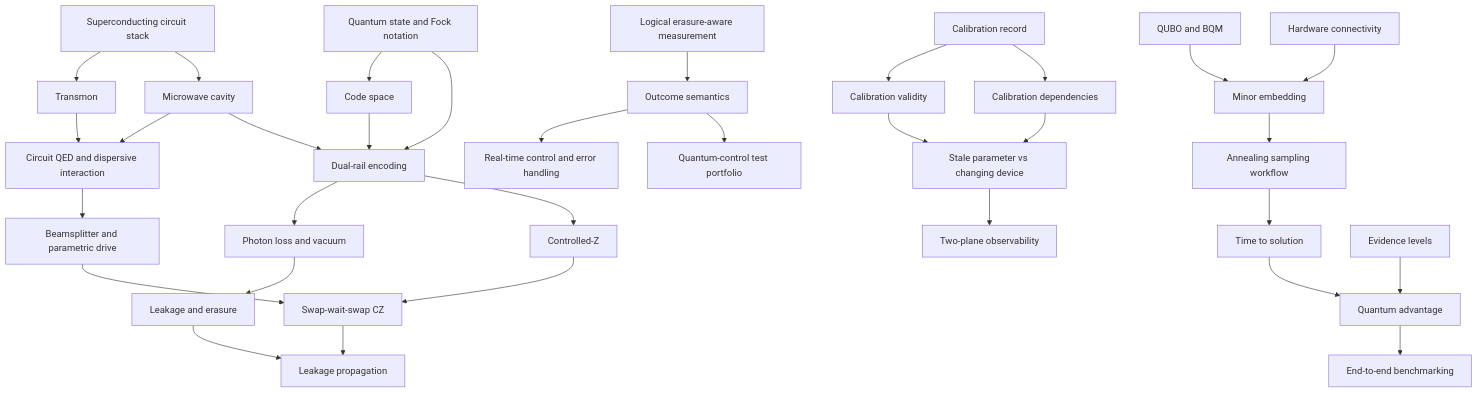
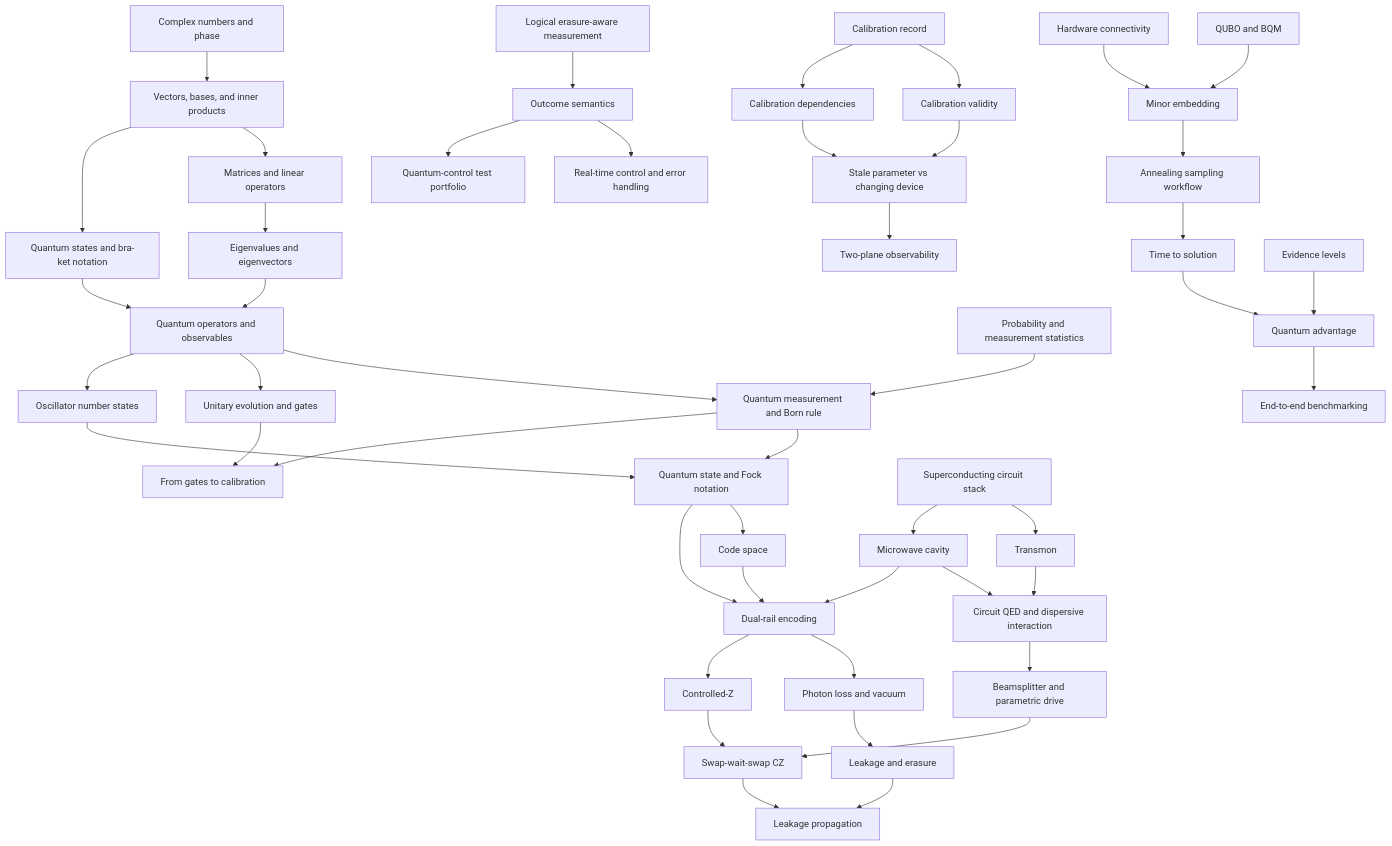
One commit to testedwonder/dualrail changed the diagram in knowledge/_meta/concept-map.md. Above: the diagram before and after it, drawn with Mermaid. The commit also changed other lines of this file and 93 other files, not shown here.

````diff
--- a/knowledge/_meta/concept-map.md
+++ b/knowledge/_meta/concept-map.md
@@ -28,34 +29,48 @@
 ```mermaid
 flowchart TD
+    CN[Complex numbers and phase] --> VB[Vectors, bases, and inner products]
+    VB --> ML[Matrices and linear operators]
+    ML --> EE[Eigenvalues and eigenvectors]
+    VB --> QSV[Quantum states and bra-ket notation]
+    EE --> QO[Quantum operators and observables]
+    QSV --> QO
+    PROB[Probability and measurement statistics] --> QM[Quantum measurement and Born rule]
+    QO --> QM
+    QO --> UG[Unitary evolution and gates]
+    QO --> NS[Oscillator number states]
+    NS --> QS
+    QM --> QS
+    QM --> GTC[From gates to calibration]
+    UG --> GTC
     QS[Quantum state and Fock notation] --> CS[Code space]
     SC[Superconducting circuit stack] --> T[Transmon]
     SC --> MC[Microwave cavity]
     T --> CQED[Circuit QED and dispersive interaction]
     MC --> CQED
     QS --> DR[Dual-rail encoding]
     CS --> DR
     MC --> DR
     CQED --> BP[Beamsplitter and parametric drive]
     DR --> PL[Photon loss and vacuum]
     PL --> LE[Leakage and erasure]
     DR --> CZ[Controlled-Z]
     BP --> SWS[Swap-wait-swap CZ]
     CZ --> SWS
     SWS --> LP[Leakage propagation]
     LE --> LP
     LM[Logical erasure-aware measurement] --> OS[Outcome semantics]
     OS --> RTC[Real-time control and error handling]
     CAL[Calibration record] --> CV[Calibration validity]
     CAL --> CD[Calibration dependencies]
     CV --> STALE[Stale parameter vs changing device]
     CD --> STALE
     STALE --> OBS[Two-plane observability]
     OS --> TEST[Quantum-control test portfolio]
     QUBO[QUBO and BQM] --> EMB[Minor embedding]
     CONN[Hardware connectivity] --> EMB
     EMB --> WF[Annealing sampling workflow]
     WF --> TTS[Time to solution]
     EV[Evidence levels] --> QA[Quantum advantage]
     TTS --> QA
     QA --> E2E[End-to-end benchmarking]
 ```
````
